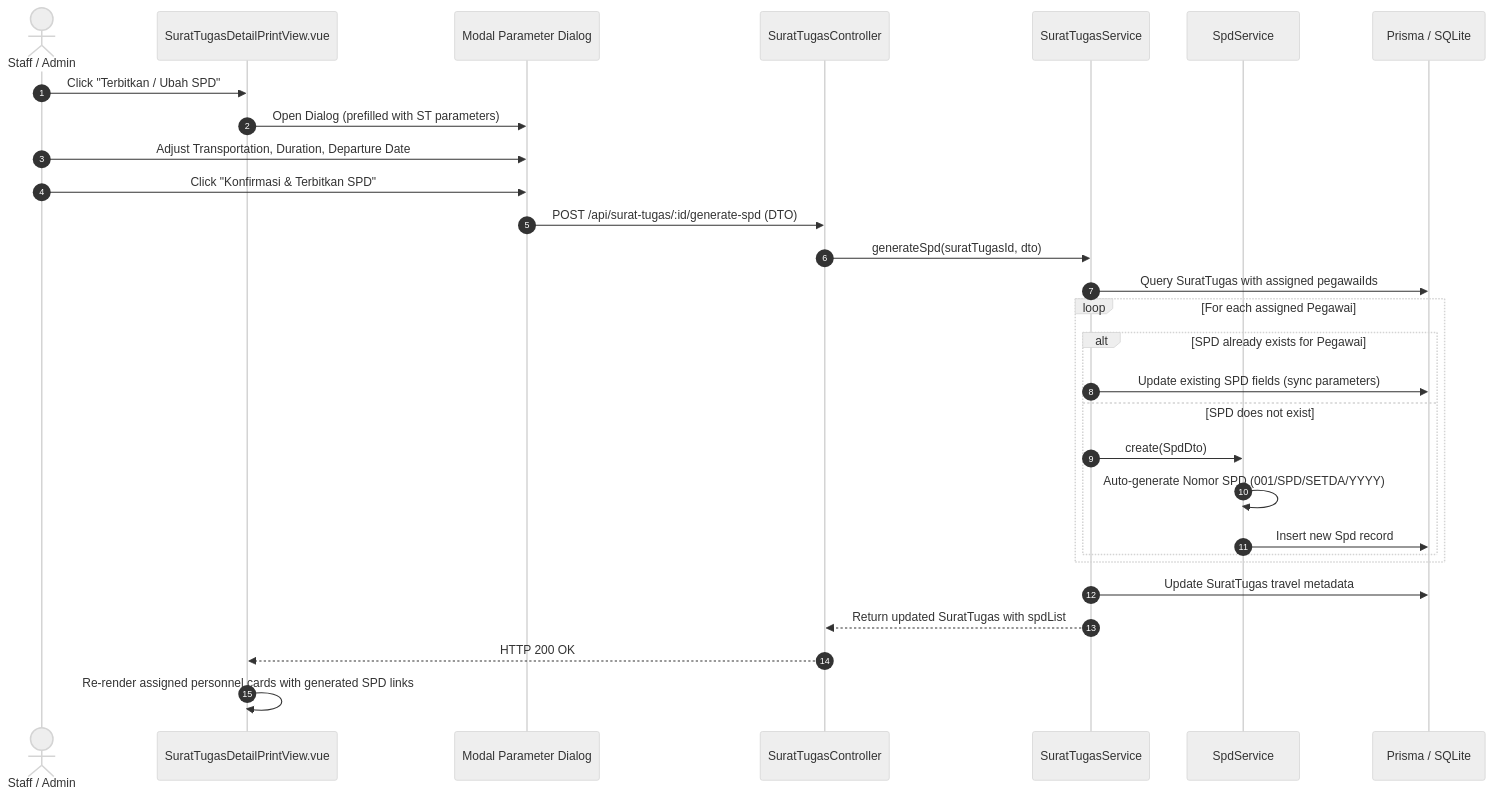
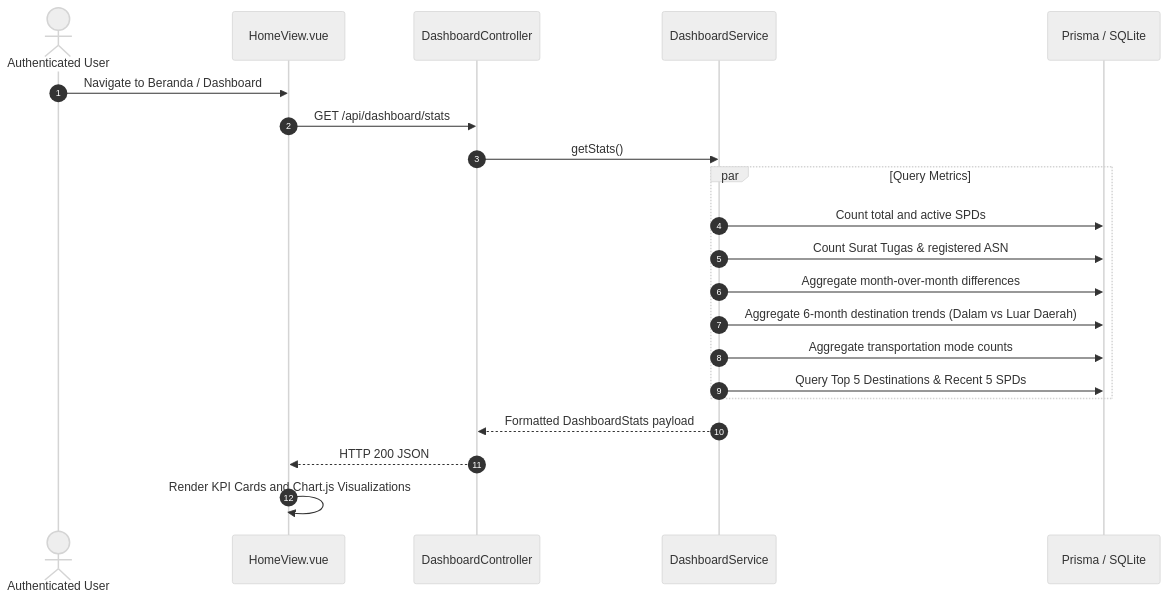
Before and after one commit to earyanto30/e-spd-kab-banggai-laut: the sixth of 6 diagrams in docs/DEVELOPER_DOCUMENTATION.md, drawn with Mermaid (neutral theme). The commit also changed other lines of this file and 5 other files, not shown here.

Commit message:
docs: update technical specifications for UAT-2 layout, dashboard, and schema changes

````diff
--- a/docs/DEVELOPER_DOCUMENTATION.md
+++ b/docs/DEVELOPER_DOCUMENTATION.md
@@ -709,32 +468,24 @@
 ```mermaid
 sequenceDiagram
     autonumber
-    actor Admin as Staff / Admin
-    participant STView as SuratTugasDetailPrintView.vue
-    participant Modal as Modal Parameter Dialog
-    participant STCtrl as SuratTugasController
-    participant STSvc as SuratTugasService
-    participant SPDSvc as SpdService
+    actor User as Authenticated User
+    participant Home as HomeView.vue
+    participant Ctrl as DashboardController
+    participant Svc as DashboardService
     participant DB as Prisma / SQLite
 
-    Admin->>STView: Click "Terbitkan / Ubah SPD"
-    STView->>Modal: Open Dialog (prefilled with ST parameters)
-    Admin->>Modal: Adjust Transportation, Duration, Departure Date
-    Admin->>Modal: Click "Konfirmasi & Terbitkan SPD"
-    Modal->>STCtrl: POST /api/surat-tugas/:id/generate-spd (DTO)
-    STCtrl->>STSvc: generateSpd(suratTugasId, dto)
-    STSvc->>DB: Query SuratTugas with assigned pegawaiIds
-    loop For each assigned Pegawai
-        alt SPD already exists for Pegawai
-            STSvc->>DB: Update existing SPD fields (sync parameters)
-        else SPD does not exist
-            STSvc->>SPDSvc: create(SpdDto)
-            SPDSvc->>SPDSvc: Auto-generate Nomor SPD (001/SPD/SETDA/YYYY)
-            SPDSvc->>DB: Insert new Spd record
-        end
+    User->>Home: Navigate to Beranda / Dashboard
+    Home->>Ctrl: GET /api/dashboard/stats
+    Ctrl->>Svc: getStats()
+    par Query Metrics
+        Svc->>DB: Count total and active SPDs
+        Svc->>DB: Count Surat Tugas & registered ASN
+        Svc->>DB: Aggregate month-over-month differences
+        Svc->>DB: Aggregate 6-month destination trends (Dalam vs Luar Daerah)
+        Svc->>DB: Aggregate transportation mode counts
+        Svc->>DB: Query Top 5 Destinations & Recent 5 SPDs
     end
-    STSvc->>DB: Update SuratTugas travel metadata
-    STSvc-->>STCtrl: Return updated SuratTugas with spdList
-    STCtrl-->>STView: HTTP 200 OK
-    STView->>STView: Re-render assigned personnel cards with generated SPD links
+    Svc-->>Ctrl: Formatted DashboardStats payload
+    Ctrl-->>Home: HTTP 200 JSON
+    Home->>Home: Render KPI Cards and Chart.js Visualizations
 ```
````
